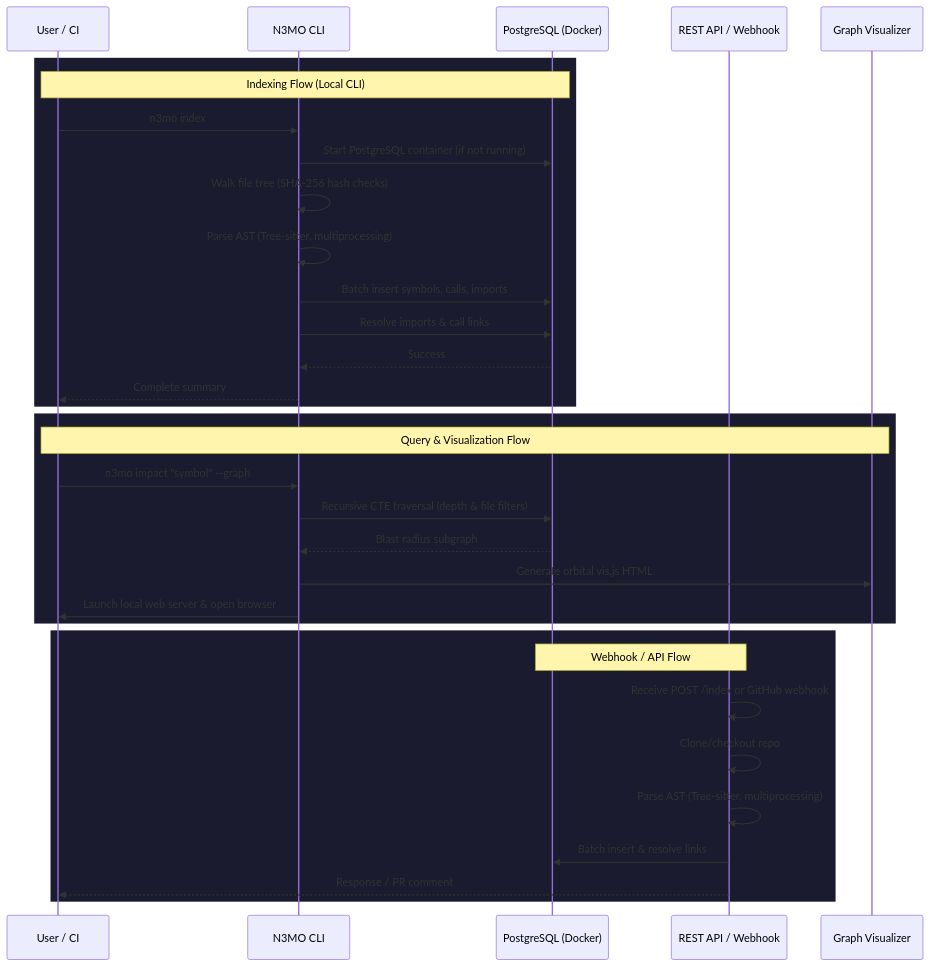
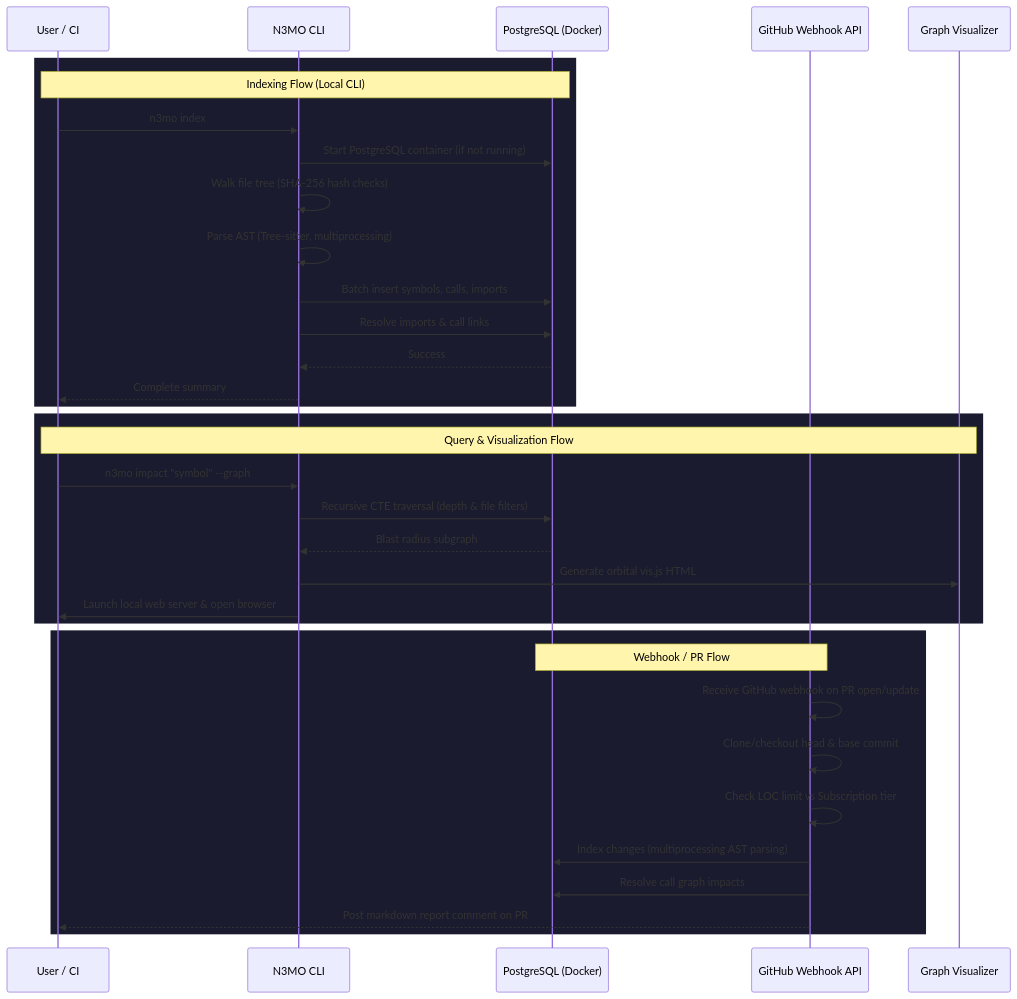
One commit to RajX-dev/CODESEER-MAIN changed the second of 4 diagrams in README.md. Above: the diagram before and after it, drawn with Mermaid. The commit also changed other lines of this file and 2 other files, not shown here.

Commit message:
docs: restructure README to focus on GitHub App monetization and add key generation tool

````diff
--- a/README.md
+++ b/README.md
@@ -136,38 +136,39 @@
 ```mermaid
 sequenceDiagram
     participant User as User / CI
     participant CLI as N3MO CLI
     participant DB as PostgreSQL (Docker)
-    participant API as REST API / Webhook
+    participant API as GitHub Webhook API
     participant Viz as Graph Visualizer
 
     rect rgb(26, 27, 46)
     Note over User, DB: Indexing Flow (Local CLI)
     User->>CLI: n3mo index
     CLI->>DB: Start PostgreSQL container (if not running)
     CLI->>CLI: Walk file tree (SHA-256 hash checks)
     CLI->>CLI: Parse AST (Tree-sitter, multiprocessing)
     CLI->>DB: Batch insert symbols, calls, imports
     CLI->>DB: Resolve imports & call links
     DB-->>CLI: Success
     CLI-->>User: Complete summary
     end
 
     rect rgb(26, 27, 46)
     Note over User, Viz: Query & Visualization Flow
     User->>CLI: n3mo impact "symbol" --graph
     CLI->>DB: Recursive CTE traversal (depth & file filters)
     DB-->>CLI: Blast radius subgraph
     CLI->>Viz: Generate orbital vis.js HTML
     CLI->>User: Launch local web server & open browser
     end
 
     rect rgb(26, 27, 46)
-    Note over API, DB: Webhook / API Flow
-    API->>API: Receive POST /index or GitHub webhook
-    API->>API: Clone/checkout repo
-    API->>API: Parse AST (Tree-sitter, multiprocessing)
-    API->>DB: Batch insert & resolve links
-    API-->>User: Response / PR comment
+    Note over API, DB: Webhook / PR Flow
+    API->>API: Receive GitHub webhook on PR open/update
+    API->>API: Clone/checkout head & base commit
+    API->>API: Check LOC limit vs Subscription tier
+    API->>DB: Index changes (multiprocessing AST parsing)
+    API->>DB: Resolve call graph impacts
+    API-->>User: Post markdown report comment on PR
     end
 ```
````
